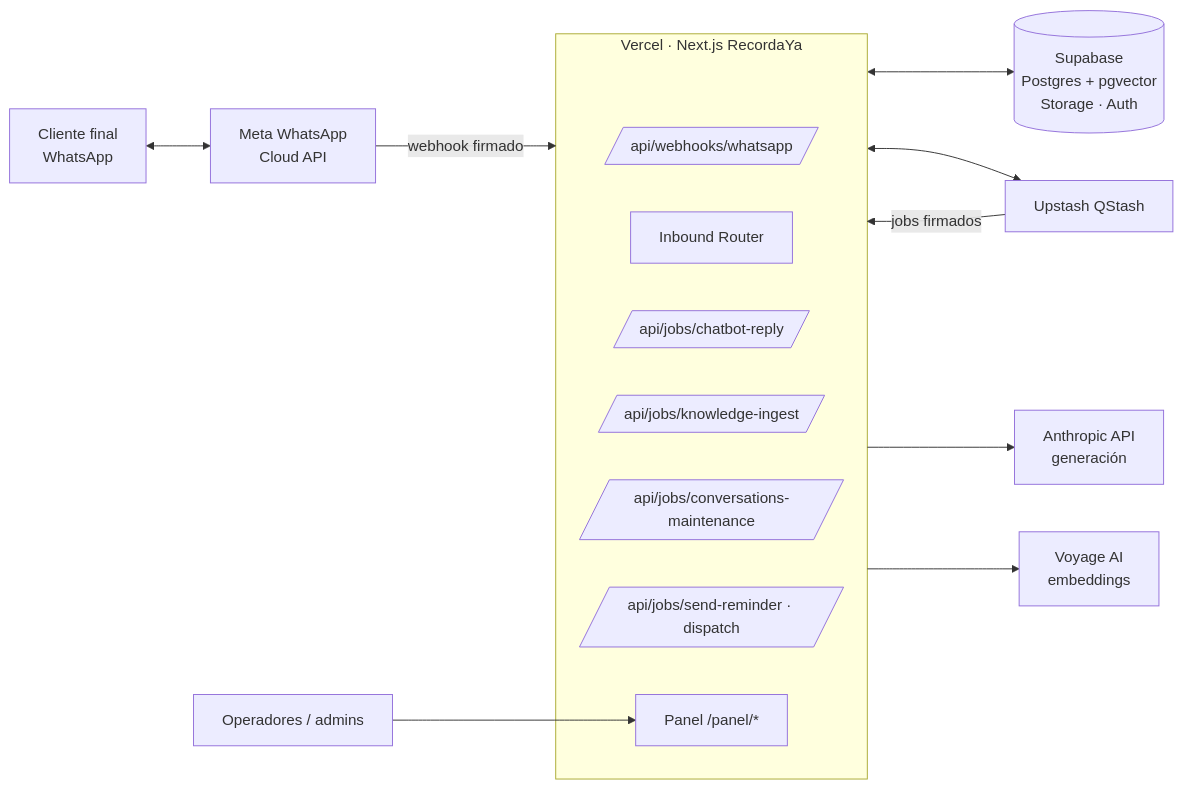
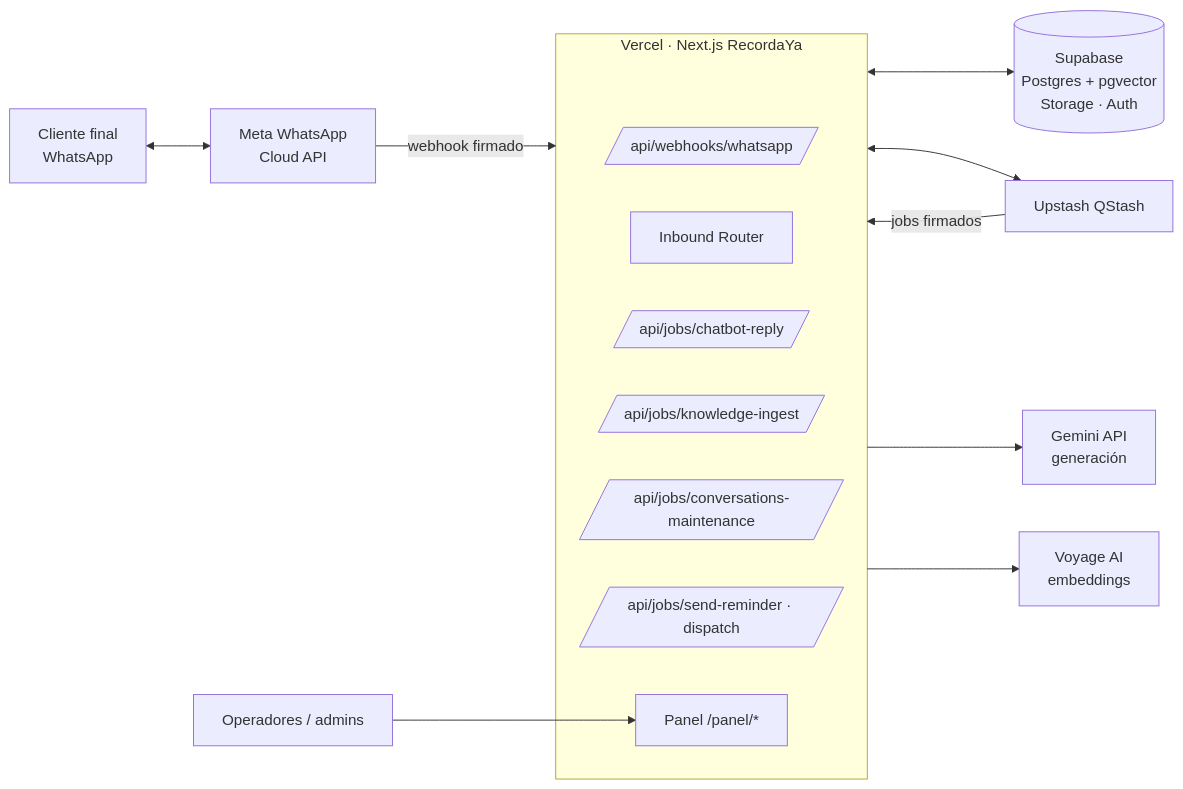
One commit to victorespanaproyectos/recordaya changed the first of 8 diagrams in docs/chatbot/02-arquitectura.md. Above: the diagram before and after it, drawn with Mermaid. The commit also changed other lines of this file and 17 other files, not shown here.

````diff
--- a/docs/chatbot/02-arquitectura.md
+++ b/docs/chatbot/02-arquitectura.md
@@ -42,20 +42,20 @@
 ```mermaid
 flowchart LR
   C[Cliente final<br/>WhatsApp] <--> M[Meta WhatsApp<br/>Cloud API]
   M -- webhook firmado --> V
   subgraph V[Vercel · Next.js RecordaYa]
     WH[/api/webhooks/whatsapp/]
     R[Inbound Router]
     J1[/api/jobs/chatbot-reply/]
     J2[/api/jobs/knowledge-ingest/]
     J3[/api/jobs/conversations-maintenance/]
     JR[/api/jobs/send-reminder · dispatch/]
     P[Panel /panel/*]
   end
   V <--> S[(Supabase<br/>Postgres + pgvector<br/>Storage · Auth)]
   V <--> Q[Upstash QStash]
   Q -- jobs firmados --> V
-  V --> A[Anthropic API<br/>generación]
+  V --> A[Gemini API<br/>generación]
   V --> E[Voyage AI<br/>embeddings]
   O[Operadores / admins] --> P
 ```
````
